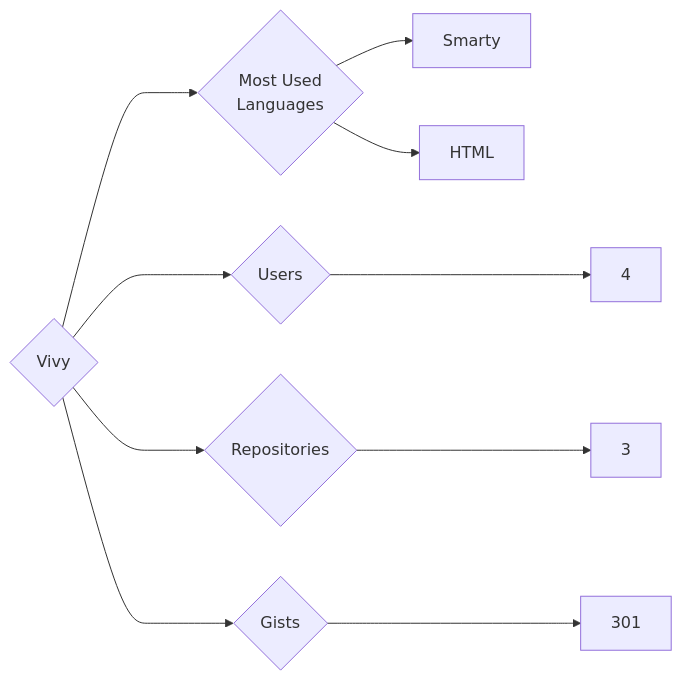
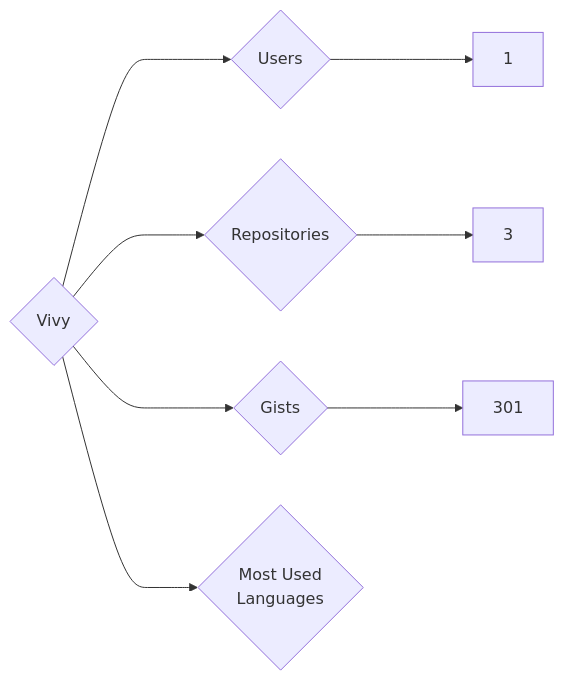
The diagram in targets/Vivy/README.md (trickest/insiders), drawn with Mermaid before and after one commit. The commit also changed 839 other files, not shown here.

````diff
--- a/targets/Vivy/README.md
+++ b/targets/Vivy/README.md
@@ -3,10 +3,8 @@
 ```mermaid
 graph LR
 COMPANY_NAME{Vivy}
-COMPANY_NAME ---> U{Users} ---> UN[4]
+COMPANY_NAME ---> U{Users} ---> UN[1]
 COMPANY_NAME ---> R{Repositories} ---> RN[3]
 COMPANY_NAME ---> G{Gists} ---> GN[301]
 COMPANY_NAME ---> ML{Most Used<br>Languages}
-ML --> Smarty[Smarty]
-ML --> HTML[HTML]
 ```
````
